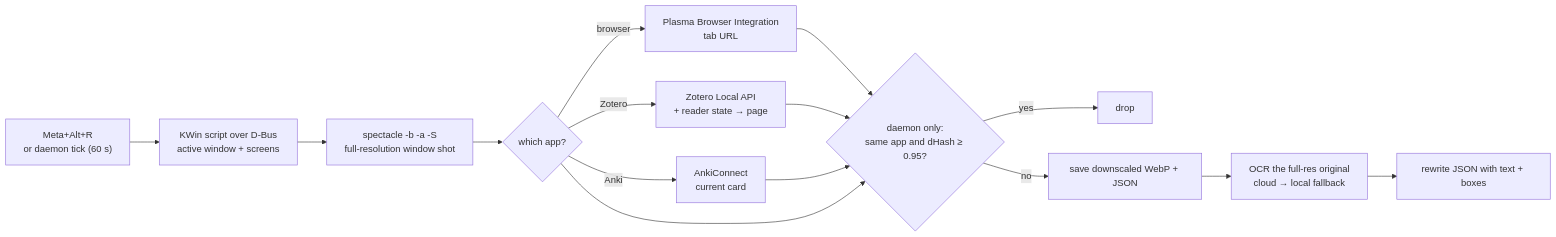
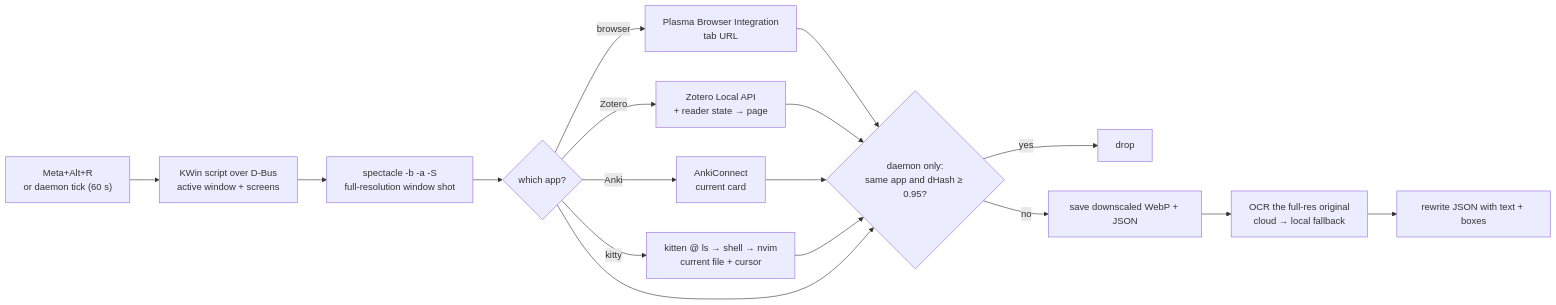
The diagram in README.md (junyixu/linux_recall), drawn with Mermaid before and after one commit. The commit also changed other lines of this file and 2 other files, not shown here.

First line of the commit message:
docs: document kitty, Neovim and Claude Code context

````diff
--- a/README.md
+++ b/README.md
@@ -48,14 +51,15 @@
 ```mermaid
 flowchart LR
     T["Meta+Alt+R<br/>or daemon tick (60 s)"] --> K["KWin script over D-Bus<br/>active window + screens"]
     K --> S["spectacle -b -a -S<br/>full-resolution window shot"]
     S --> C{"which app?"}
     C -->|browser| B["Plasma Browser Integration<br/>tab URL"]
     C -->|Zotero| Z["Zotero Local API<br/>+ reader state → page"]
     C -->|Anki| A["AnkiConnect<br/>current card"]
-    B & Z & A & C --> D{"daemon only:<br/>same app and dHash ≥ 0.95?"}
+    C -->|kitty| N["kitten @ ls → shell → nvim<br/>current file + cursor"]
+    B & Z & A & N & C --> D{"daemon only:<br/>same app and dHash ≥ 0.95?"}
     D -->|yes| X["drop"]
     D -->|no| W["save downscaled WebP + JSON"]
     W --> O["OCR the full-res original<br/>cloud → local fallback"]
     O --> J["rewrite JSON with text + boxes"]
 ```
````
